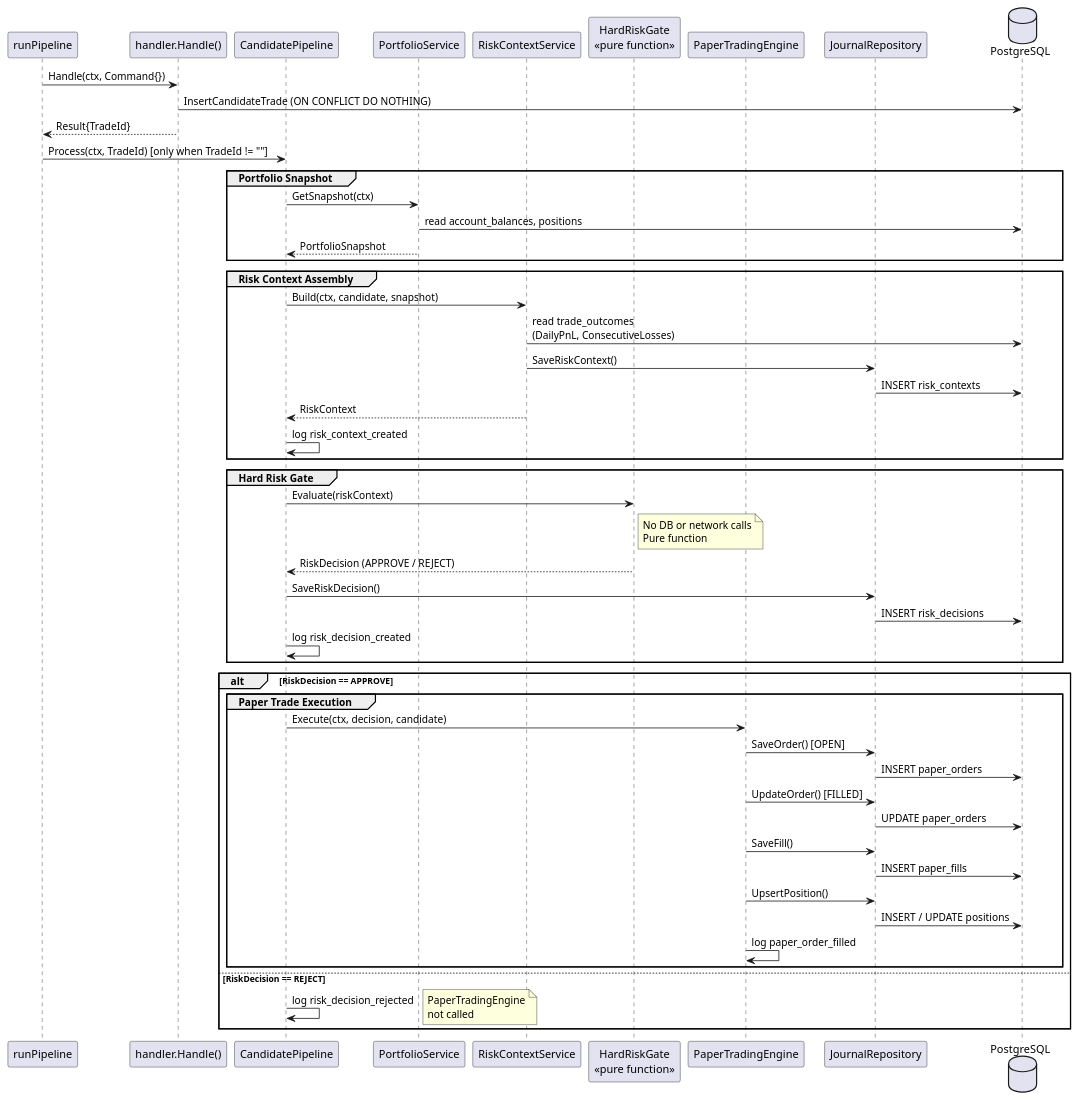
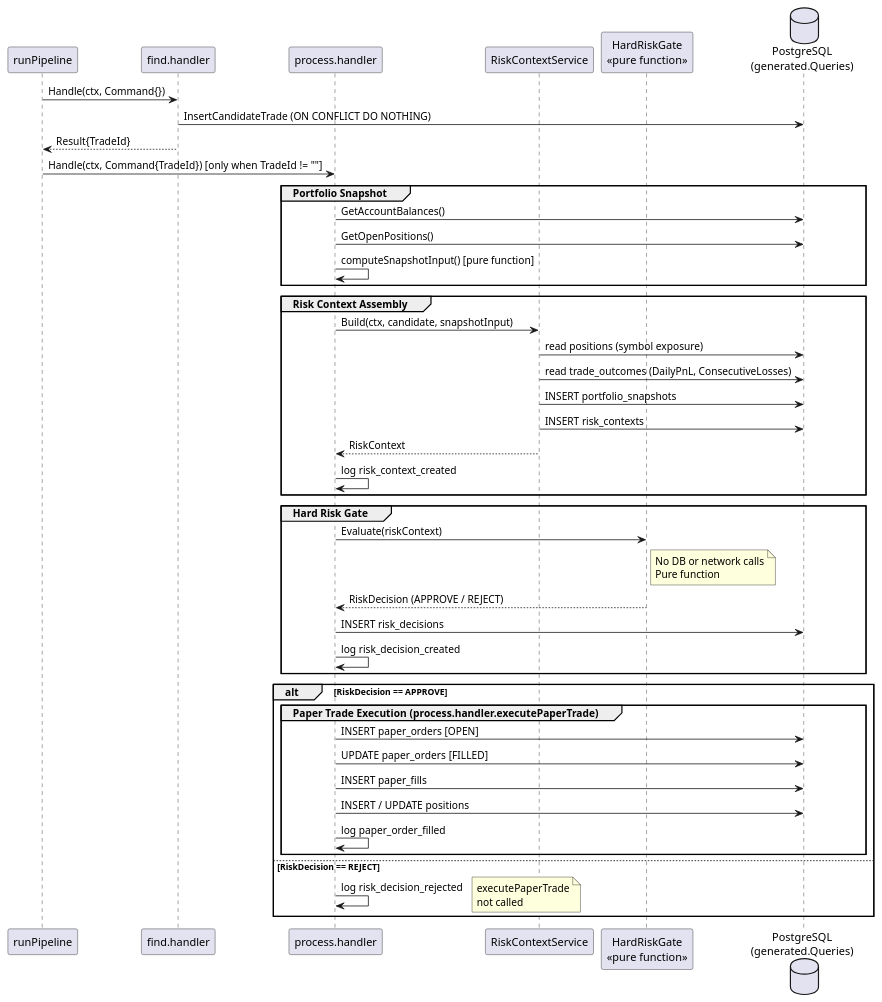
One commit to nhatquang-sl/QN.Expenditure changed the second of 4 diagrams in golang/issues/Week 3–4 Portfolio Service, Risk Context Service, Journal Service, and Paper Trading.md. Above: the diagram before and after it, drawn with PlantUML. The commit also changed other lines of this file and 12 other files, not shown here.

First line of the commit message:
Refactor trading bot architecture to introduce candidate trade processing

````diff
--- a/golang/issues/Week 3–4 Portfolio Service, Risk Context Service, Journal Service, and Paper Trading.md
+++ b/golang/issues/Week 3–4 Portfolio Service, Risk Context Service, Journal Service, and Paper Trading.md
@@ -113,62 +96,54 @@
 ```plantuml
-@startuml CandidatePipeline Sequence
+@startuml ProcessCandidateTrade Sequence
 
 participant "runPipeline" as PP
-participant "handler.Handle()" as H
-participant "CandidatePipeline" as CP
-participant "PortfolioService" as PS
+participant "find.handler" as H
+participant "process.handler" as CP
 participant "RiskContextService" as RCS
 participant "HardRiskGate\n<<pure function>>" as HRG
-participant "PaperTradingEngine" as PTE
-participant "JournalRepository" as JR
-database "PostgreSQL" as DB
+database "PostgreSQL\n(generated.Queries)" as DB
 
 PP -> H : Handle(ctx, Command{})
 H -> DB : InsertCandidateTrade (ON CONFLICT DO NOTHING)
 H --> PP : Result{TradeId}
-PP -> CP : Process(ctx, TradeId) [only when TradeId != ""]
+PP -> CP : Handle(ctx, Command{TradeId}) [only when TradeId != ""]
 
 group Portfolio Snapshot
-  CP -> PS : GetSnapshot(ctx)
-  PS -> DB : read account_balances, positions
-  PS --> CP : PortfolioSnapshot
+  CP -> DB : GetAccountBalances()
+  CP -> DB : GetOpenPositions()
+  CP -> CP : computeSnapshotInput() [pure function]
 end
 
 group Risk Context Assembly
-  CP -> RCS : Build(ctx, candidate, snapshot)
-  RCS -> DB : read trade_outcomes\n(DailyPnL, ConsecutiveLosses)
-  RCS -> JR : SaveRiskContext()
-  JR -> DB : INSERT risk_contexts
+  CP -> RCS : Build(ctx, candidate, snapshotInput)
+  RCS -> DB : read positions (symbol exposure)
+  RCS -> DB : read trade_outcomes (DailyPnL, ConsecutiveLosses)
+  RCS -> DB : INSERT portfolio_snapshots
+  RCS -> DB : INSERT risk_contexts
   RCS --> CP : RiskContext
   CP -> CP : log risk_context_created
 end
 
 group Hard Risk Gate
   CP -> HRG : Evaluate(riskContext)
   note right of HRG : No DB or network calls\nPure function
   HRG --> CP : RiskDecision (APPROVE / REJECT)
-  CP -> JR : SaveRiskDecision()
-  JR -> DB : INSERT risk_decisions
+  CP -> DB : INSERT risk_decisions
   CP -> CP : log risk_decision_created
 end
 
 alt RiskDecision == APPROVE
-  group Paper Trade Execution
-    CP -> PTE : Execute(ctx, decision, candidate)
-    PTE -> JR : SaveOrder() [OPEN]
-    JR -> DB : INSERT paper_orders
-    PTE -> JR : UpdateOrder() [FILLED]
-    JR -> DB : UPDATE paper_orders
-    PTE -> JR : SaveFill()
-    JR -> DB : INSERT paper_fills
-    PTE -> JR : UpsertPosition()
-    JR -> DB : INSERT / UPDATE positions
-    PTE -> PTE : log paper_order_filled
+  group Paper Trade Execution (process.handler.executePaperTrade)
+    CP -> DB : INSERT paper_orders [OPEN]
+    CP -> DB : UPDATE paper_orders [FILLED]
+    CP -> DB : INSERT paper_fills
+    CP -> DB : INSERT / UPDATE positions
+    CP -> CP : log paper_order_filled
   end
 else RiskDecision == REJECT
   CP -> CP : log risk_decision_rejected
-  note right : PaperTradingEngine\nnot called
+  note right : executePaperTrade\nnot called
 end
 
 @enduml
 ```
````
